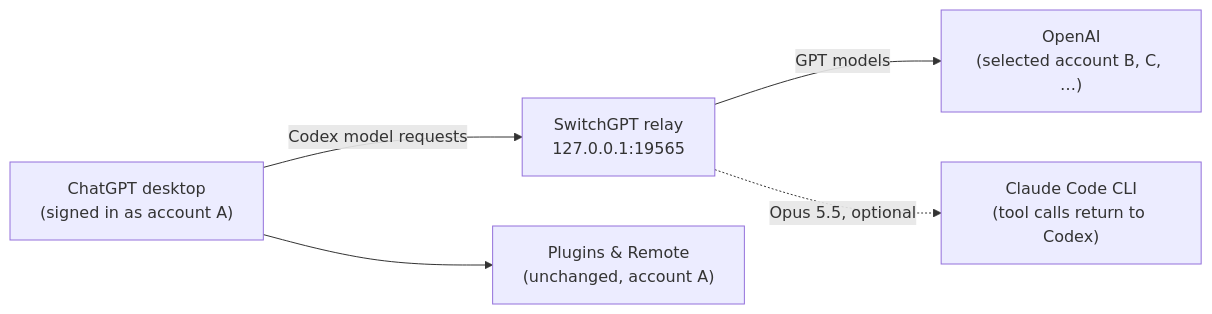
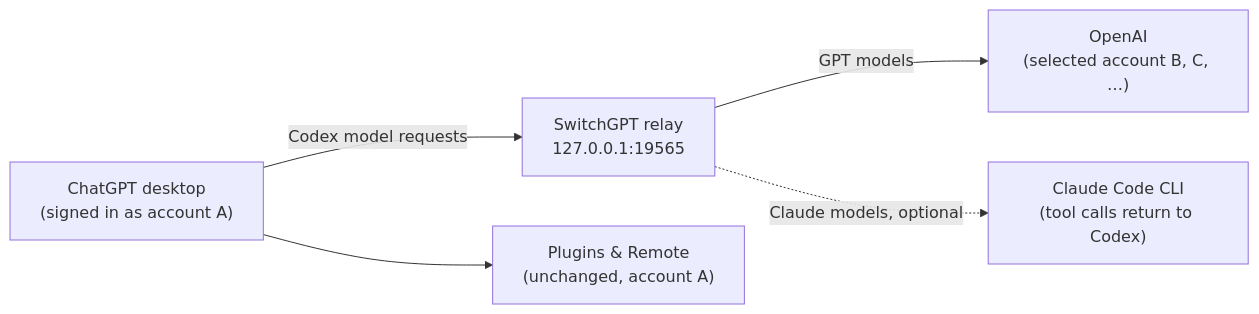
The diagram in README.md (yoonpooh/SwitchGPT), drawn with Mermaid before and after one commit. The commit also changed other lines of this file and 18 other files, not shown here.

First line of the commit message:
feat: list every Claude Code model in the picker

````diff
--- a/README.md
+++ b/README.md
@@ -72,7 +72,7 @@
 ```mermaid
 flowchart LR
     Desktop["ChatGPT desktop<br/>(signed in as account A)"] -->|Codex model requests| Relay["SwitchGPT relay<br/>127.0.0.1:19565"]
     Relay -->|GPT models| OpenAI["OpenAI<br/>(selected account B, C, …)"]
-    Relay -.->|Opus 5.5, optional| Claude["Claude Code CLI<br/>(tool calls return to Codex)"]
+    Relay -.->|Claude models, optional| Claude["Claude Code CLI<br/>(tool calls return to Codex)"]
     Desktop --> Plugins["Plugins & Remote<br/>(unchanged, account A)"]
 ```
````
